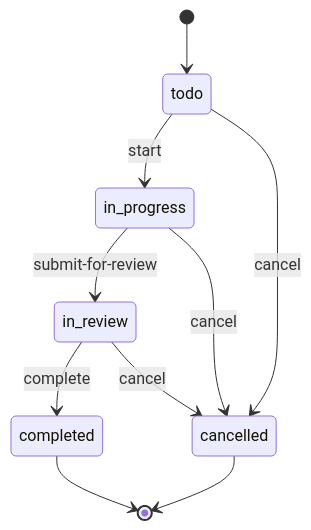
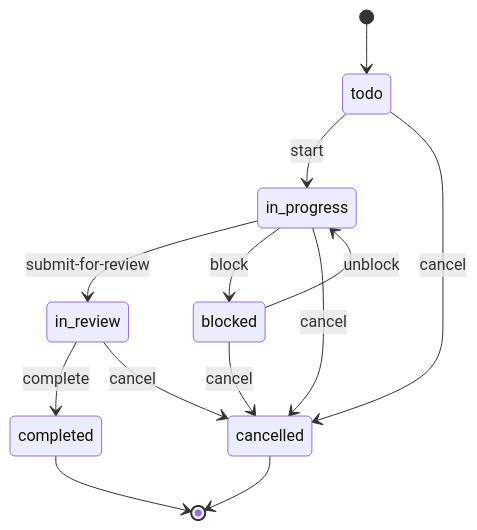
The second of 2 diagrams in README.md (NikitaSomik/symfony-todo-app), drawn with Mermaid before and after one commit. The commit also changed other lines of this file and 20 other files, not shown here.

Commit message:
feat(task): let work in progress be blocked with a reason (#70)

````diff
--- a/README.md
+++ b/README.md
@@ -72,12 +76,15 @@
 ```mermaid
 stateDiagram-v2
     [*] --> todo
     todo --> in_progress: start
     in_progress --> in_review: submit-for-review
+    in_progress --> blocked: block
+    blocked --> in_progress: unblock
     in_review --> completed: complete
     todo --> cancelled: cancel
     in_progress --> cancelled: cancel
+    blocked --> cancelled: cancel
     in_review --> cancelled: cancel
     completed --> [*]
     cancelled --> [*]
 ```
````
